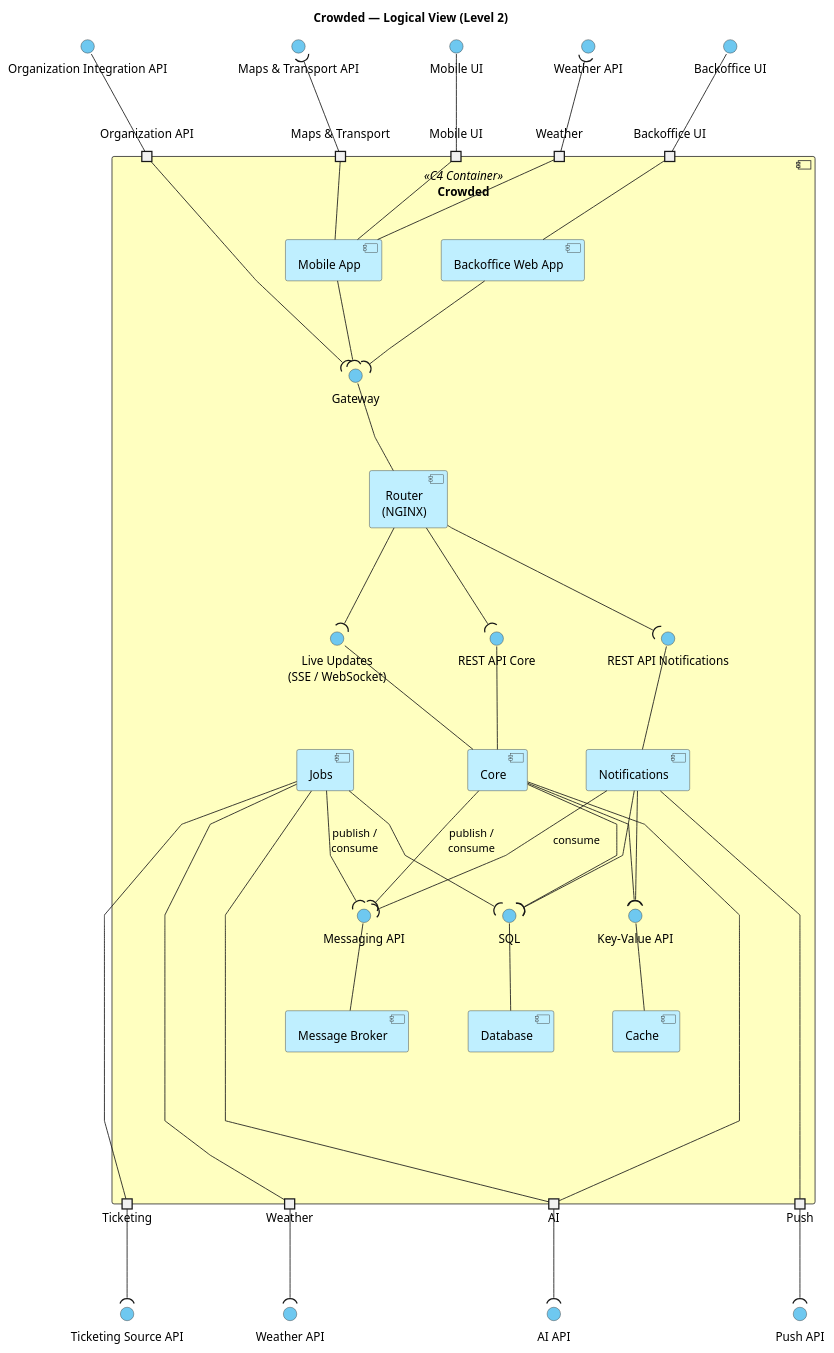
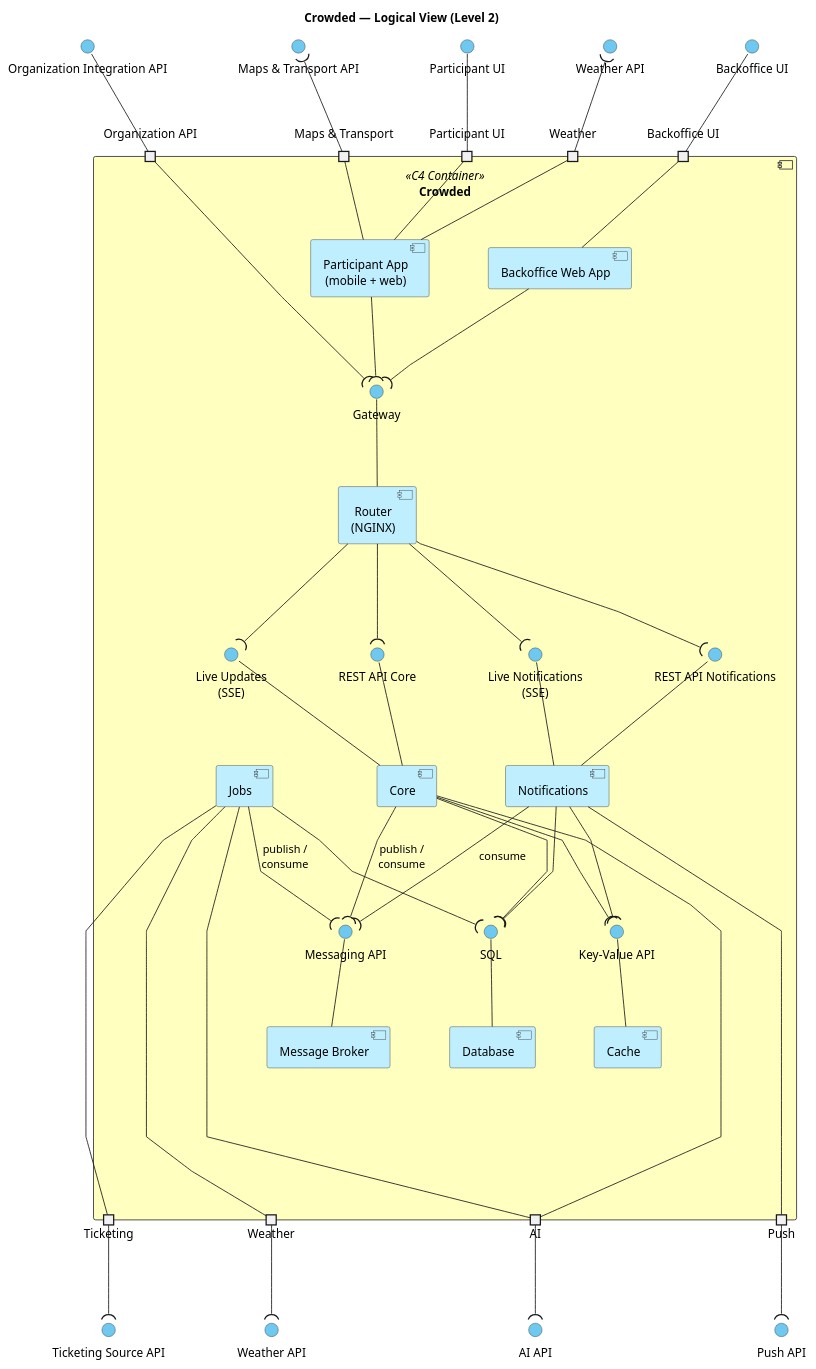
The diagram in docs/deliverables/diagrams/logical-view-level-2.puml (andrereis26/crowded-labdsof), drawn with PlantUML before and after one commit. The commit also changed 1 other file, not shown here.

```diff
--- a/docs/deliverables/diagrams/logical-view-level-2.puml
+++ b/docs/deliverables/diagrams/logical-view-level-2.puml
@@ -1,145 +1,148 @@
 @startuml logical-view-level-2
 ' Crowded — Logical View, Level 2 (C4 container view in UML component notation)
 ' Sources: requirements.md (TR-001..TR-005, NFR-001..NFR-008, SR-010..SR-012), domain-model.puml
 
 title Crowded — Logical View (Level 2)
 
 skinparam componentStyle uml2
 skinparam shadowing false
 skinparam defaultTextAlignment center
 skinparam nodesep 70
 skinparam linetype polyline
 skinparam ranksep 80
 
 skinparam component {
   BackgroundColor #BFEFFF
   BorderColor #333333
   BackgroundColor<<C4 Container>> #FFFFC0
   BackgroundColor<<External System>> #EEEEEE
 }
 skinparam interface {
   BackgroundColor #6EC8F0
   BorderColor #333333
 }
 skinparam port {
   BackgroundColor #6EC8F0
   BorderColor #333333
 }
 
 ' ---------------------------------------------------------------------
 ' Actors and external systems
 ' ---------------------------------------------------------------------
 
 
 () "Ticketing Source API" as ITicketing
 () "Maps & Transport API" as IMaps
 () "Weather API" as IWeatherMobile
 () "Weather API" as IWeather
 () "AI API" as IAI
 () "Push API" as IPush
 () "Organization Integration API" as IOrgIntegration
-() "Mobile UI" as MobileUI
+() "Participant UI" as MobileUI
 () "Backoffice UI" as BackofficeUI
 
 ' ---------------------------------------------------------------------
 ' Crowded system
 ' ---------------------------------------------------------------------
 component "Crowded" <<C4 Container>> as Crowded {
 
-  portin "Mobile UI" as pMobileUI
+  portin "Participant UI" as pMobileUI
   portin "Backoffice UI" as pBackofficeUI
   portin "Organization API" as pOrgApi
   portin "Maps & Transport" as pMaps
   portin "Weather" as pMobileWeather
 
   portout "Ticketing" as pTicketing
   portout "Weather" as pWeather
   portout "AI" as pAI
   portout "Push" as pPush
 
-  component "Mobile App" as Mobile
+  component "Participant App\n(mobile + web)" as Mobile
   component "Backoffice Web App" as Backoffice
 
   component "Router\n(NGINX)" as Router
   () "Gateway" as IGateway
 
   component "Core" as Core
   () "REST API Core" as ICoreApi
-  () "Live Updates\n(SSE / WebSocket)" as ICoreLive
+  () "Live Updates\n(SSE)" as ICoreLive
 
   component "Notifications" as Notifications
   () "REST API Notifications" as INotifApi
+  () "Live Notifications\n(SSE)" as INotifLive
 
   component "Jobs" as Jobs
 
   component "Message Broker" as Broker
   () "Messaging API" as IMessaging
 
   component "Database" as Database
   () "SQL" as ISql
 
   component "Cache" as Cache
   () "Key-Value API" as IKeyValue
 
   ' --- Clients and entry point
   pMobileUI -down- Mobile
   pBackofficeUI -down- Backoffice
   Router -up- IGateway
   Mobile -down-( IGateway
   Backoffice -down-( IGateway
   pOrgApi -down-( IGateway
 
   ' --- Router routes to the public APIs
   Core -up- ICoreApi
   Core -up- ICoreLive
   Notifications -up- INotifApi
+  Notifications -up- INotifLive
   Router -down-( ICoreApi
   Router -down-( ICoreLive
   Router -down-( INotifApi
+  Router -down-( INotifLive
 
   ' --- Asynchronous messaging
   Broker -up- IMessaging
   Core -down-( IMessaging : publish /\nconsume
   Jobs -down-( IMessaging : publish /\nconsume
   Notifications -down-( IMessaging : consume
 
   ' --- Data
   Database -up- ISql
   Core -down-( ISql
   Jobs -down-( ISql
   Notifications -down-( ISql
 
   ' --- Cache: token revocation, rate limiting, read cache
   Cache -up- IKeyValue
   Core -down-( IKeyValue
   Notifications -down-( IKeyValue
 
   ' --- Outbound integrations
   Jobs -down---- pTicketing
   Jobs -down---- pWeather
   Core -down---- pAI
   Jobs -down---- pAI
   Notifications -down---- pPush
   Mobile -up- pMaps
   Mobile -up- pMobileWeather
 
   ' --- Layout hints
   Jobs -[hidden]right- Core
   Core -[hidden]right- Notifications
   Broker -[hidden]right- Database
   Database -[hidden]right- Cache
 }
 
 ' --- Boundary wiring
 pMobileUI -up- MobileUI
 pBackofficeUI -up- BackofficeUI
 pOrgApi -up- IOrgIntegration
 pTicketing -down-( ITicketing
 pWeather -down-( IWeather
 pAI -down-( IAI
 pPush -down-( IPush
 pMaps -up-( IMaps
 pMobileWeather -up-( IWeatherMobile
 
 
 @enduml
```
